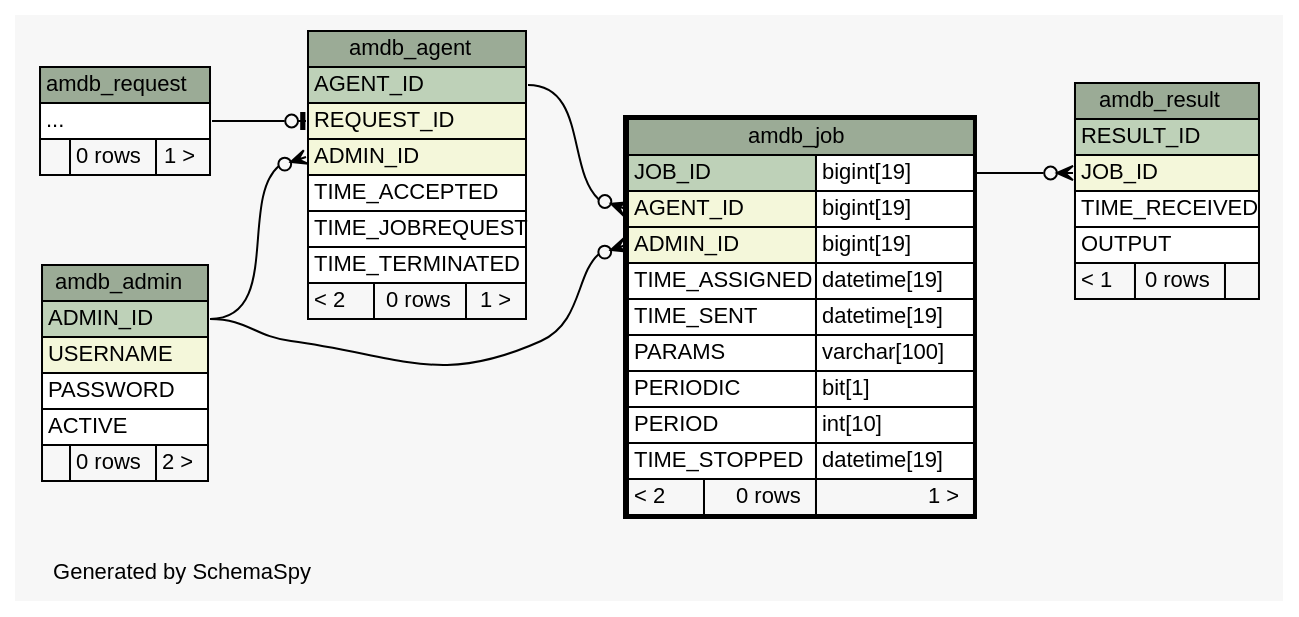
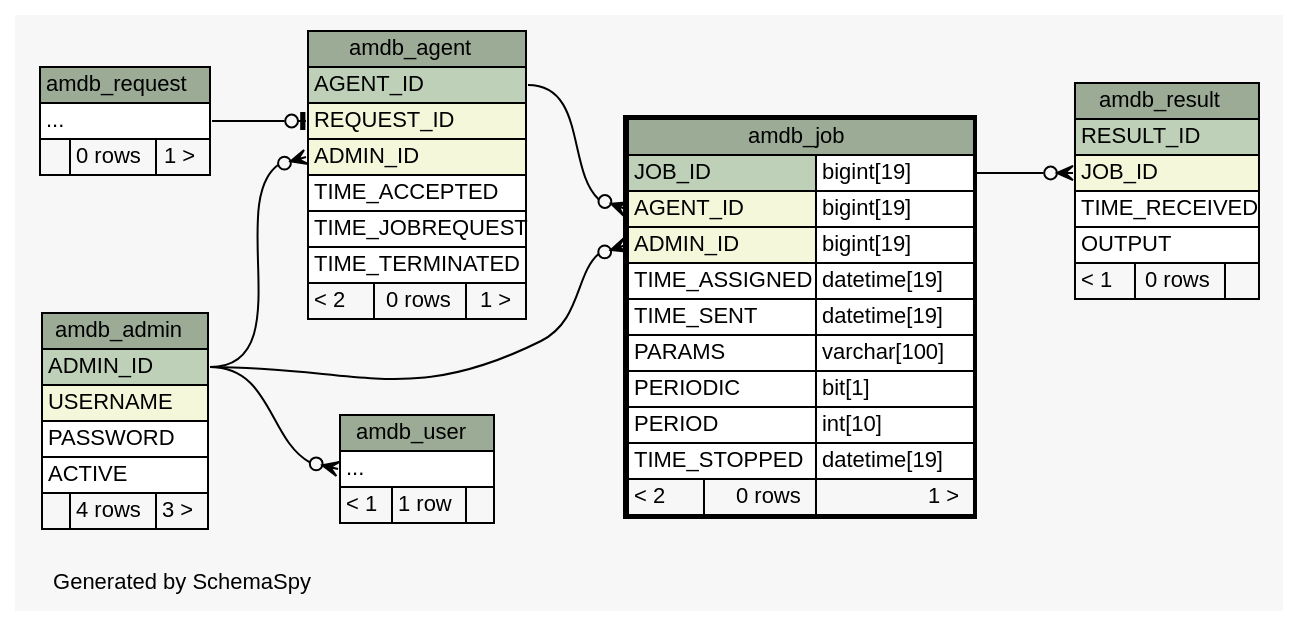
Before and after one commit to yannikab/k23b_ac: the diagram in am/doc/schemaspy/diagrams/amdb_job.2degrees.dot, drawn with Graphviz. The commit also changed 67 other files, not shown here.

Commit message:
Added table for Android Client users to Aggregator Manager database, plus some tests and a basic user log in service.

```diff
--- a/am/doc/schemaspy/diagrams/amdb_job.2degrees.dot
+++ b/am/doc/schemaspy/diagrams/amdb_job.2degrees.dot
@@ -1,96 +1,107 @@
 // dot 2.38.0 on Linux 4.0.5-gentoo
 // SchemaSpy rev 590
 digraph "twoDegreesRelationshipsDiagram" {
   graph [
     rankdir="RL"
     bgcolor="#f7f7f7"
     label="\nGenerated by SchemaSpy"
     labeljust="l"
     nodesep="0.18"
     ranksep="0.46"
     fontname="Helvetica"
     fontsize="11"
   ];
   node [
     fontname="Helvetica"
     fontsize="11"
     shape="plaintext"
   ];
   edge [
     arrowsize="0.8"
   ];
   "amdb_agent":"ADMIN_ID":w -> "amdb_admin":"ADMIN_ID":e [arrowhead=none dir=back arrowtail=crowodot];
   "amdb_agent":"REQUEST_ID":w -> "amdb_request":"elipses":e [arrowhead=none dir=back arrowtail=teeodot];
   "amdb_job":"ADMIN_ID":w -> "amdb_admin":"ADMIN_ID":e [arrowhead=none dir=back arrowtail=crowodot];
   "amdb_job":"AGENT_ID":w -> "amdb_agent":"AGENT_ID":e [arrowhead=none dir=back arrowtail=crowodot];
   "amdb_result":"JOB_ID":w -> "amdb_job":"JOB_ID.type":e [arrowhead=none dir=back arrowtail=crowodot];
+  "amdb_user":"elipses":w -> "amdb_admin":"ADMIN_ID":e [arrowhead=none dir=back arrowtail=crowodot];
   "amdb_admin" [
     label=<
     <TABLE BORDER="0" CELLBORDER="1" CELLSPACING="0" BGCOLOR="#ffffff">
       <TR><TD COLSPAN="3" BGCOLOR="#9bab96" ALIGN="CENTER">amdb_admin</TD></TR>
       <TR><TD PORT="ADMIN_ID" COLSPAN="3" BGCOLOR="#bed1b8" ALIGN="LEFT">ADMIN_ID</TD></TR>
       <TR><TD PORT="USERNAME" COLSPAN="3" BGCOLOR="#f4f7da" ALIGN="LEFT">USERNAME</TD></TR>
       <TR><TD PORT="PASSWORD" COLSPAN="3" ALIGN="LEFT">PASSWORD</TD></TR>
       <TR><TD PORT="ACTIVE" COLSPAN="3" ALIGN="LEFT">ACTIVE</TD></TR>
-      <TR><TD ALIGN="LEFT" BGCOLOR="#f7f7f7">  </TD><TD ALIGN="RIGHT" BGCOLOR="#f7f7f7">0 rows</TD><TD ALIGN="RIGHT" BGCOLOR="#f7f7f7">2 &gt;</TD></TR>
+      <TR><TD ALIGN="LEFT" BGCOLOR="#f7f7f7">  </TD><TD ALIGN="RIGHT" BGCOLOR="#f7f7f7">4 rows</TD><TD ALIGN="RIGHT" BGCOLOR="#f7f7f7">3 &gt;</TD></TR>
     </TABLE>>
     URL="amdb_admin.html"
     tooltip="amdb_admin"
   ];
   "amdb_agent" [
     label=<
     <TABLE BORDER="0" CELLBORDER="1" CELLSPACING="0" BGCOLOR="#ffffff">
       <TR><TD COLSPAN="3" BGCOLOR="#9bab96" ALIGN="CENTER">amdb_agent</TD></TR>
       <TR><TD PORT="AGENT_ID" COLSPAN="3" BGCOLOR="#bed1b8" ALIGN="LEFT">AGENT_ID</TD></TR>
       <TR><TD PORT="REQUEST_ID" COLSPAN="3" BGCOLOR="#f4f7da" ALIGN="LEFT">REQUEST_ID</TD></TR>
       <TR><TD PORT="ADMIN_ID" COLSPAN="3" BGCOLOR="#f4f7da" ALIGN="LEFT">ADMIN_ID</TD></TR>
       <TR><TD PORT="TIME_ACCEPTED" COLSPAN="3" ALIGN="LEFT">TIME_ACCEPTED</TD></TR>
       <TR><TD PORT="TIME_JOBREQUEST" COLSPAN="3" ALIGN="LEFT">TIME_JOBREQUEST</TD></TR>
       <TR><TD PORT="TIME_TERMINATED" COLSPAN="3" ALIGN="LEFT">TIME_TERMINATED</TD></TR>
       <TR><TD ALIGN="LEFT" BGCOLOR="#f7f7f7">&lt; 2</TD><TD ALIGN="RIGHT" BGCOLOR="#f7f7f7">0 rows</TD><TD ALIGN="RIGHT" BGCOLOR="#f7f7f7">1 &gt;</TD></TR>
     </TABLE>>
     URL="amdb_agent.html"
     tooltip="amdb_agent"
   ];
   "amdb_job" [
     label=<
     <TABLE BORDER="2" CELLBORDER="1" CELLSPACING="0" BGCOLOR="#ffffff">
       <TR><TD COLSPAN="3" BGCOLOR="#9bab96" ALIGN="CENTER">amdb_job</TD></TR>
       <TR><TD PORT="JOB_ID" COLSPAN="2" BGCOLOR="#bed1b8" ALIGN="LEFT">JOB_ID</TD><TD PORT="JOB_ID.type" ALIGN="LEFT">bigint[19]</TD></TR>
       <TR><TD PORT="AGENT_ID" COLSPAN="2" BGCOLOR="#f4f7da" ALIGN="LEFT">AGENT_ID</TD><TD PORT="AGENT_ID.type" ALIGN="LEFT">bigint[19]</TD></TR>
       <TR><TD PORT="ADMIN_ID" COLSPAN="2" BGCOLOR="#f4f7da" ALIGN="LEFT">ADMIN_ID</TD><TD PORT="ADMIN_ID.type" ALIGN="LEFT">bigint[19]</TD></TR>
       <TR><TD PORT="TIME_ASSIGNED" COLSPAN="2" ALIGN="LEFT">TIME_ASSIGNED</TD><TD PORT="TIME_ASSIGNED.type" ALIGN="LEFT">datetime[19]</TD></TR>
       <TR><TD PORT="TIME_SENT" COLSPAN="2" ALIGN="LEFT">TIME_SENT</TD><TD PORT="TIME_SENT.type" ALIGN="LEFT">datetime[19]</TD></TR>
       <TR><TD PORT="PARAMS" COLSPAN="2" ALIGN="LEFT">PARAMS</TD><TD PORT="PARAMS.type" ALIGN="LEFT">varchar[100]</TD></TR>
       <TR><TD PORT="PERIODIC" COLSPAN="2" ALIGN="LEFT">PERIODIC</TD><TD PORT="PERIODIC.type" ALIGN="LEFT">bit[1]</TD></TR>
       <TR><TD PORT="PERIOD" COLSPAN="2" ALIGN="LEFT">PERIOD</TD><TD PORT="PERIOD.type" ALIGN="LEFT">int[10]</TD></TR>
       <TR><TD PORT="TIME_STOPPED" COLSPAN="2" ALIGN="LEFT">TIME_STOPPED</TD><TD PORT="TIME_STOPPED.type" ALIGN="LEFT">datetime[19]</TD></TR>
       <TR><TD ALIGN="LEFT" BGCOLOR="#f7f7f7">&lt; 2</TD><TD ALIGN="RIGHT" BGCOLOR="#f7f7f7">0 rows</TD><TD ALIGN="RIGHT" BGCOLOR="#f7f7f7">1 &gt;</TD></TR>
     </TABLE>>
     URL="amdb_job.html"
     tooltip="amdb_job"
   ];
   "amdb_request" [
     label=<
     <TABLE BORDER="0" CELLBORDER="1" CELLSPACING="0" BGCOLOR="#ffffff">
       <TR><TD COLSPAN="3" BGCOLOR="#9bab96" ALIGN="CENTER">amdb_request</TD></TR>
       <TR><TD PORT="elipses" COLSPAN="3" ALIGN="LEFT">...</TD></TR>
       <TR><TD ALIGN="LEFT" BGCOLOR="#f7f7f7">  </TD><TD ALIGN="RIGHT" BGCOLOR="#f7f7f7">0 rows</TD><TD ALIGN="RIGHT" BGCOLOR="#f7f7f7">1 &gt;</TD></TR>
     </TABLE>>
     URL="amdb_request.html"
     tooltip="amdb_request"
   ];
   "amdb_result" [
     label=<
     <TABLE BORDER="0" CELLBORDER="1" CELLSPACING="0" BGCOLOR="#ffffff">
       <TR><TD COLSPAN="3" BGCOLOR="#9bab96" ALIGN="CENTER">amdb_result</TD></TR>
       <TR><TD PORT="RESULT_ID" COLSPAN="3" BGCOLOR="#bed1b8" ALIGN="LEFT">RESULT_ID</TD></TR>
       <TR><TD PORT="JOB_ID" COLSPAN="3" BGCOLOR="#f4f7da" ALIGN="LEFT">JOB_ID</TD></TR>
       <TR><TD PORT="TIME_RECEIVED" COLSPAN="3" ALIGN="LEFT">TIME_RECEIVED</TD></TR>
       <TR><TD PORT="OUTPUT" COLSPAN="3" ALIGN="LEFT">OUTPUT</TD></TR>
       <TR><TD ALIGN="LEFT" BGCOLOR="#f7f7f7">&lt; 1</TD><TD ALIGN="RIGHT" BGCOLOR="#f7f7f7">0 rows</TD><TD ALIGN="RIGHT" BGCOLOR="#f7f7f7">  </TD></TR>
     </TABLE>>
     URL="amdb_result.html"
     tooltip="amdb_result"
   ];
+  "amdb_user" [
+    label=<
+    <TABLE BORDER="0" CELLBORDER="1" CELLSPACING="0" BGCOLOR="#ffffff">
+      <TR><TD COLSPAN="3" BGCOLOR="#9bab96" ALIGN="CENTER">amdb_user</TD></TR>
+      <TR><TD PORT="elipses" COLSPAN="3" ALIGN="LEFT">...</TD></TR>
+      <TR><TD ALIGN="LEFT" BGCOLOR="#f7f7f7">&lt; 1</TD><TD ALIGN="RIGHT" BGCOLOR="#f7f7f7">1 row</TD><TD ALIGN="RIGHT" BGCOLOR="#f7f7f7">  </TD></TR>
+    </TABLE>>
+    URL="amdb_user.html"
+    tooltip="amdb_user"
+  ];
 }
```
